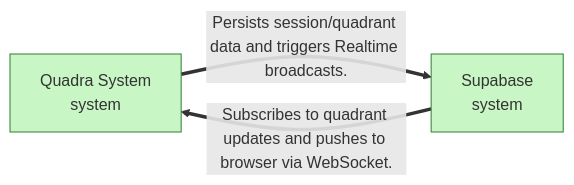
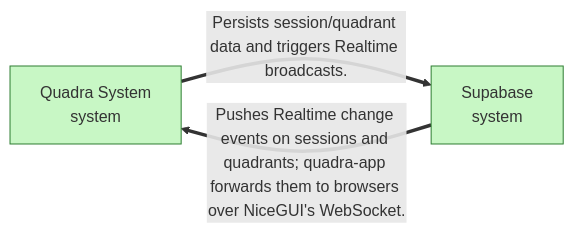
One commit to marsie-labs/quadra changed the first of 3 diagrams in docs/specs/SPEC-0001.md. Above: the diagram before and after it, drawn with Mermaid. The commit also changed other lines of this file, not shown here.

````diff
--- a/docs/specs/SPEC-0001.md
+++ b/docs/specs/SPEC-0001.md
@@ -69,12 +69,12 @@
 ```mermaid
 flowchart LR
 classDef added fill:#c8f7c5,stroke:#2e7d32
 classDef changed fill:#fff3b0,stroke:#b59f00
 classDef removed fill:#f8c8c8,stroke:#c62828
 quadra_system["Quadra System<br/>system"]
 supabase["Supabase<br/>system"]
 quadra_system ==>|Persists session/quadrant data and triggers Realtime broadcasts.| supabase
-supabase ==>|Subscribes to quadrant updates and pushes to browser via WebSocket.| quadra_system
+supabase ==>|Pushes Realtime change events on sessions and quadrants; quadra-app forwards them to browsers over NiceGUI's WebSocket.| quadra_system
 class quadra_system added
 class supabase added
 ```
````
